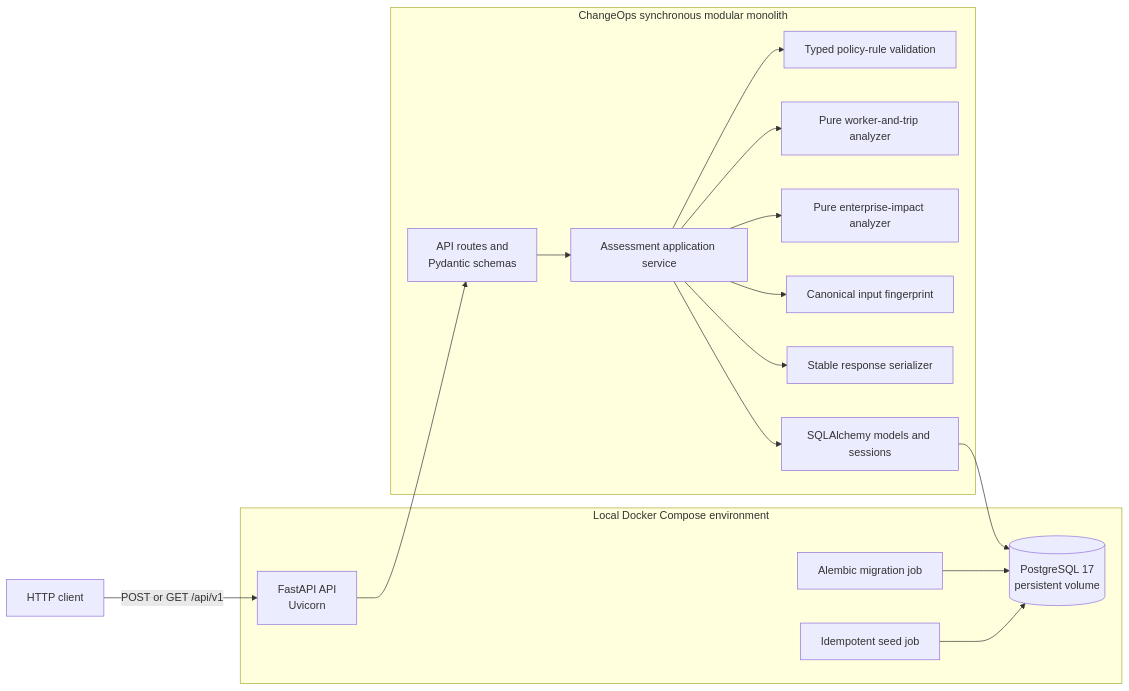
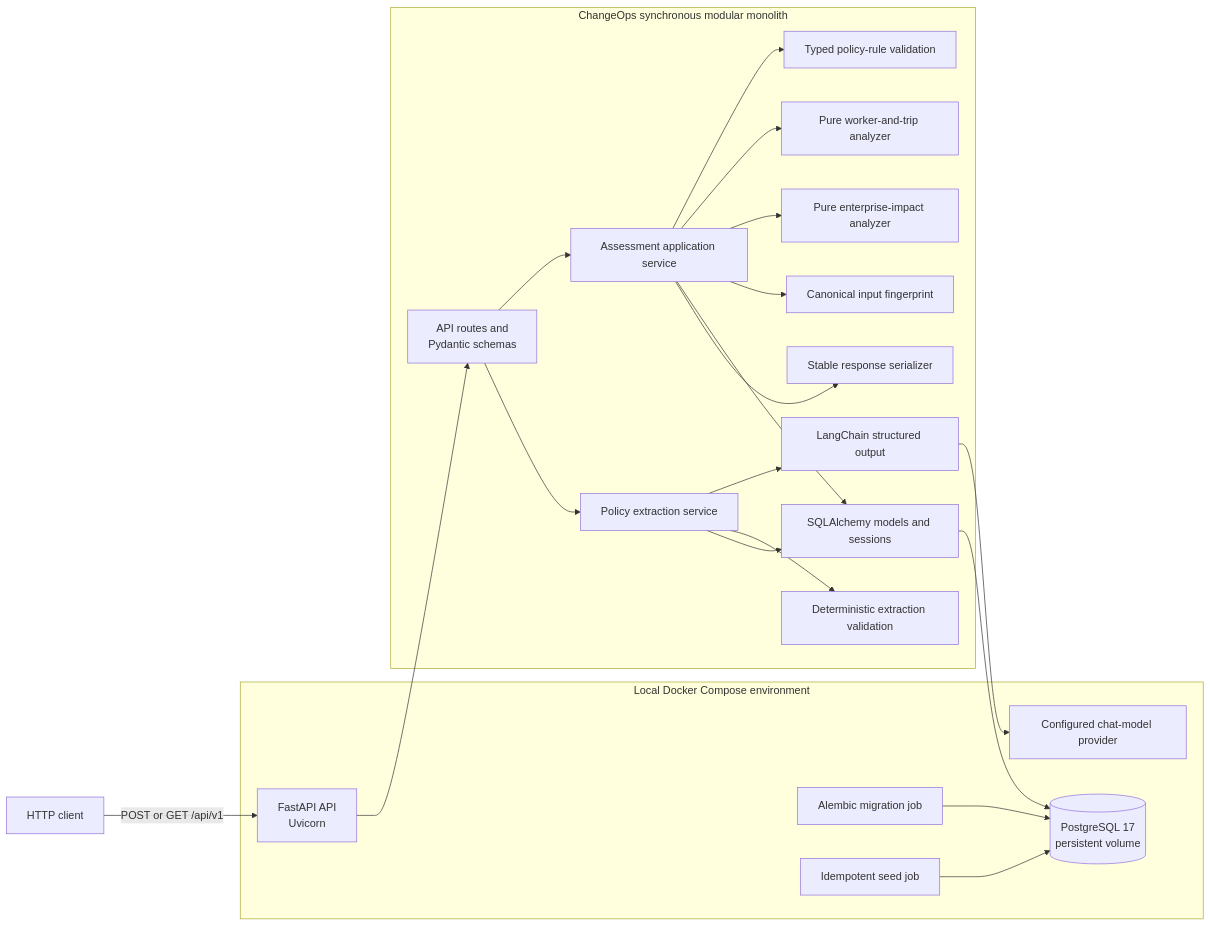
The first of 3 diagrams in docs/architecture.md (jaydreyer/ChangeOps), drawn with Mermaid before and after one commit. The commit also changed other lines of this file and 27 other files, not shown here.

Commit message:
Add structured policy extraction

````diff
--- a/docs/architecture.md
+++ b/docs/architecture.md
@@ -7,35 +8,44 @@
 ```mermaid
 flowchart LR
     Client["HTTP client"]
 
     subgraph Compose["Local Docker Compose environment"]
         API["FastAPI API<br/>Uvicorn"]
+        LLM["Configured chat-model provider"]
         Migrate["Alembic migration job"]
         Seed["Idempotent seed job"]
         DB[("PostgreSQL 17<br/>persistent volume")]
     end
 
     subgraph Application["ChangeOps synchronous modular monolith"]
         Routes["API routes and<br/>Pydantic schemas"]
         Service["Assessment application service"]
+        Extraction["Policy extraction service"]
+        LC["LangChain structured output"]
+        Validation["Deterministic extraction validation"]
         Rules["Typed policy-rule validation"]
         WorkerAnalyzer["Pure worker-and-trip analyzer"]
         EnterpriseAnalyzer["Pure enterprise-impact analyzer"]
         Fingerprint["Canonical input fingerprint"]
         Serializer["Stable response serializer"]
         ORM["SQLAlchemy models and sessions"]
     end
 
     Client -->|"POST or GET /api/v1"| API
     API --> Routes
     Routes --> Service
+    Routes --> Extraction
+    Extraction --> LC
+    LC --> LLM
+    Extraction --> Validation
+    Extraction --> ORM
     Service --> Rules
     Service --> WorkerAnalyzer
     Service --> EnterpriseAnalyzer
     Service --> Fingerprint
     Service --> ORM
     Service --> Serializer
     ORM --> DB
     Migrate --> DB
     Seed --> DB
 ```
````
